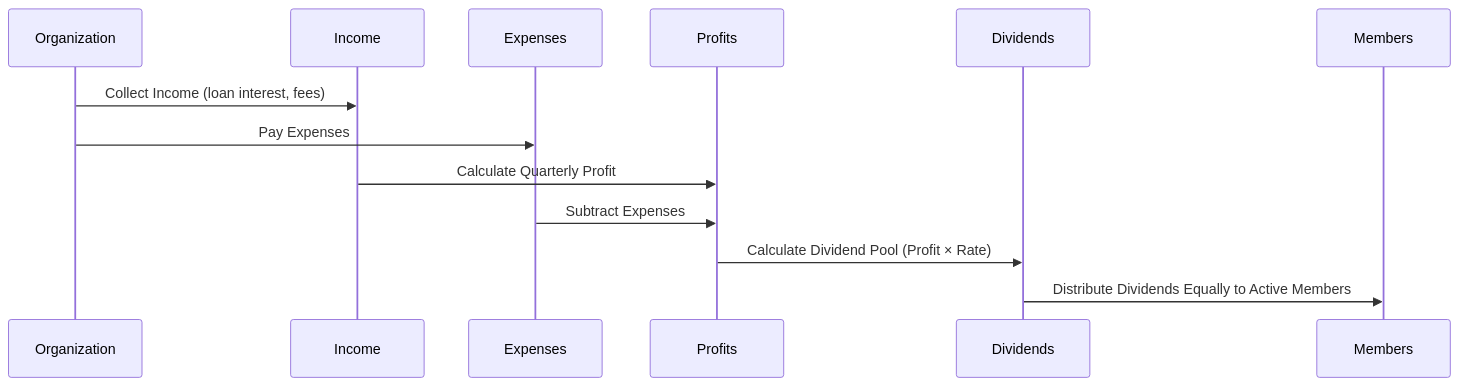
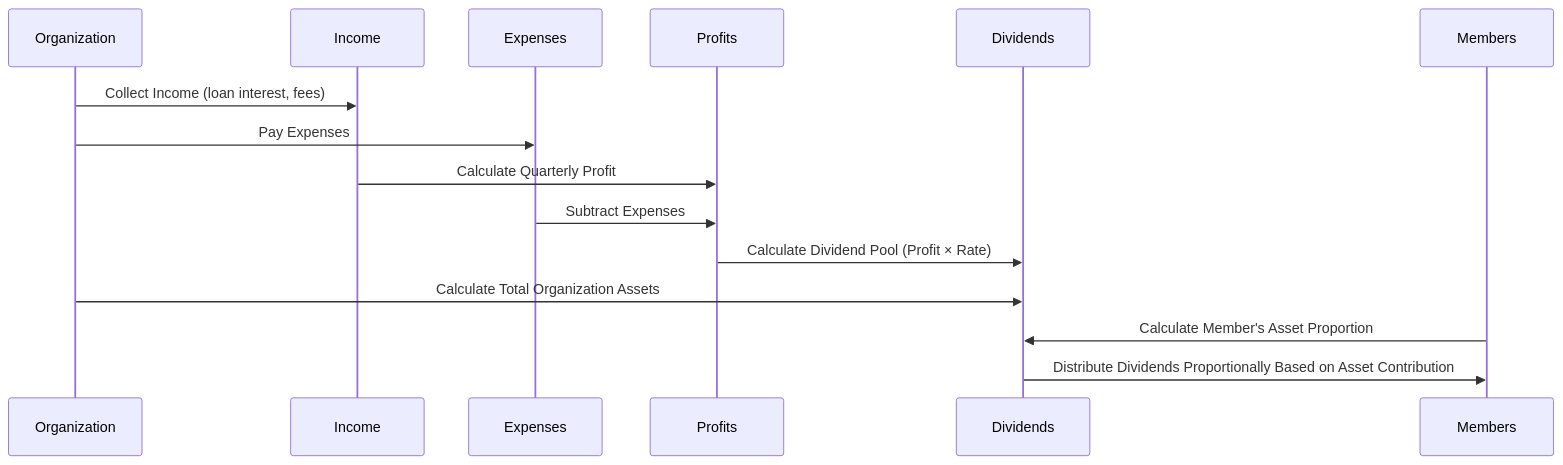
One commit to Sachin-Bandaranayaka/sahana-new changed the sixth of 8 diagrams in financial-org-app/docs/financial-logic.md. Above: the diagram before and after it, drawn with Mermaid. The commit also changed other lines of this file and 4 other files, not shown here.

````diff
--- a/financial-org-app/docs/financial-logic.md
+++ b/financial-org-app/docs/financial-logic.md
@@ -99,16 +111,18 @@
 ```mermaid
 sequenceDiagram
     participant A as Organization
     participant B as Income
     participant C as Expenses
     participant D as Profits
     participant E as Dividends
     participant F as Members
     
     A->>B: Collect Income (loan interest, fees)
     A->>C: Pay Expenses
     B->>D: Calculate Quarterly Profit
     C->>D: Subtract Expenses
     D->>E: Calculate Dividend Pool (Profit × Rate)
-    E->>F: Distribute Dividends Equally to Active Members
+    A->>E: Calculate Total Organization Assets
+    F->>E: Calculate Member's Asset Proportion
+    E->>F: Distribute Dividends Proportionally Based on Asset Contribution
 ```
````
